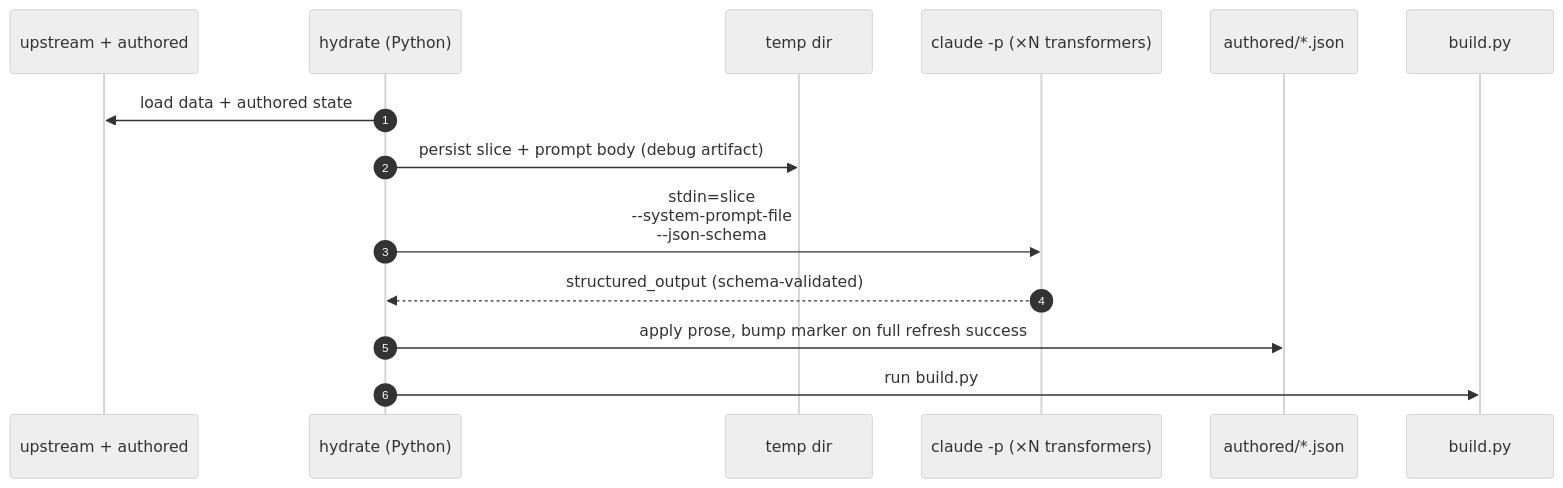
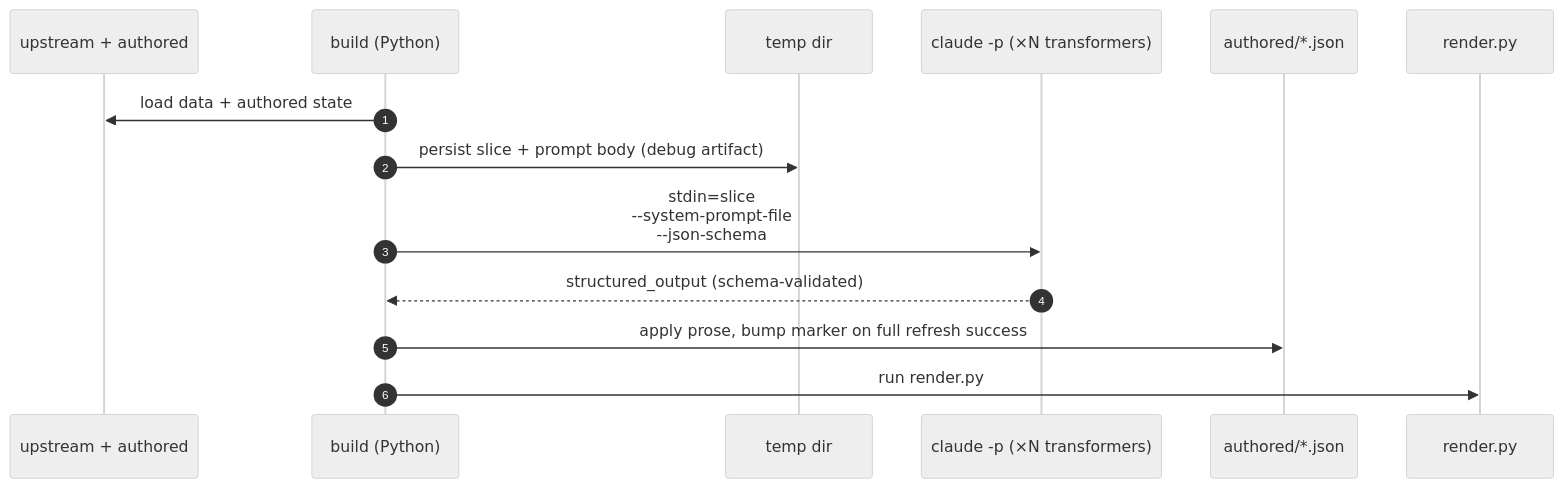
One commit to abottchen/dnd-data changed the second of 2 diagrams in README.md. Above: the diagram before and after it, drawn with Mermaid (neutral theme). The commit also changed other lines of this file and 20 other files, not shown here.

First line of the commit message:
(refactor) Merge hydrate/ into build package

````diff
--- a/README.md
+++ b/README.md
@@ -38,17 +38,17 @@
 ```mermaid
 sequenceDiagram
     autonumber
     participant U as upstream + authored
-    participant H as hydrate (Python)
+    participant O as build (Python)
     participant T as temp dir
     participant C as claude -p (×N transformers)
     participant A as authored/*.json
-    participant B as build.py
+    participant R as render.py
 
-    H->>U: load data + authored state
-    H->>T: persist slice + prompt body (debug artifact)
-    H->>C: stdin=slice<br/>--system-prompt-file<br/>--json-schema
-    C-->>H: structured_output (schema-validated)
-    H->>A: apply prose, bump marker on full refresh success
-    H->>B: run build.py
+    O->>U: load data + authored state
+    O->>T: persist slice + prompt body (debug artifact)
+    O->>C: stdin=slice<br/>--system-prompt-file<br/>--json-schema
+    C-->>O: structured_output (schema-validated)
+    O->>A: apply prose, bump marker on full refresh success
+    O->>R: run render.py
 ```
````
